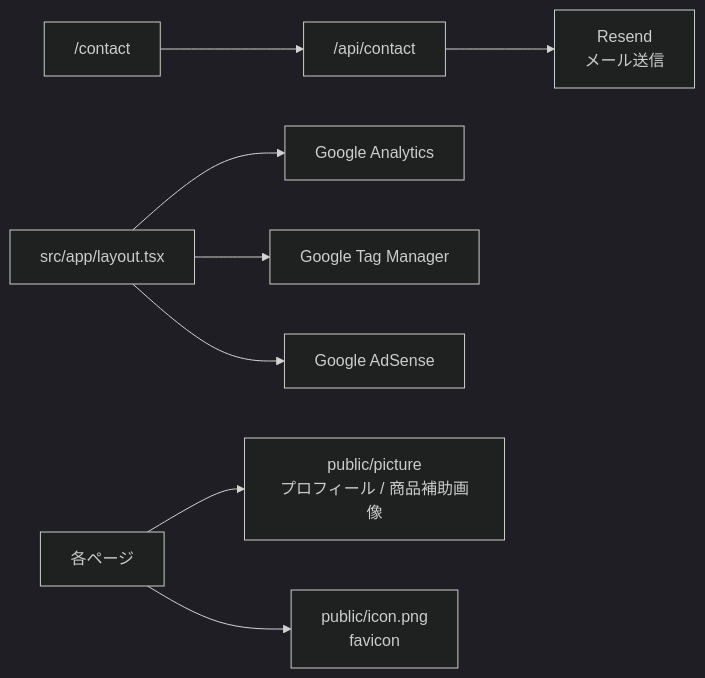
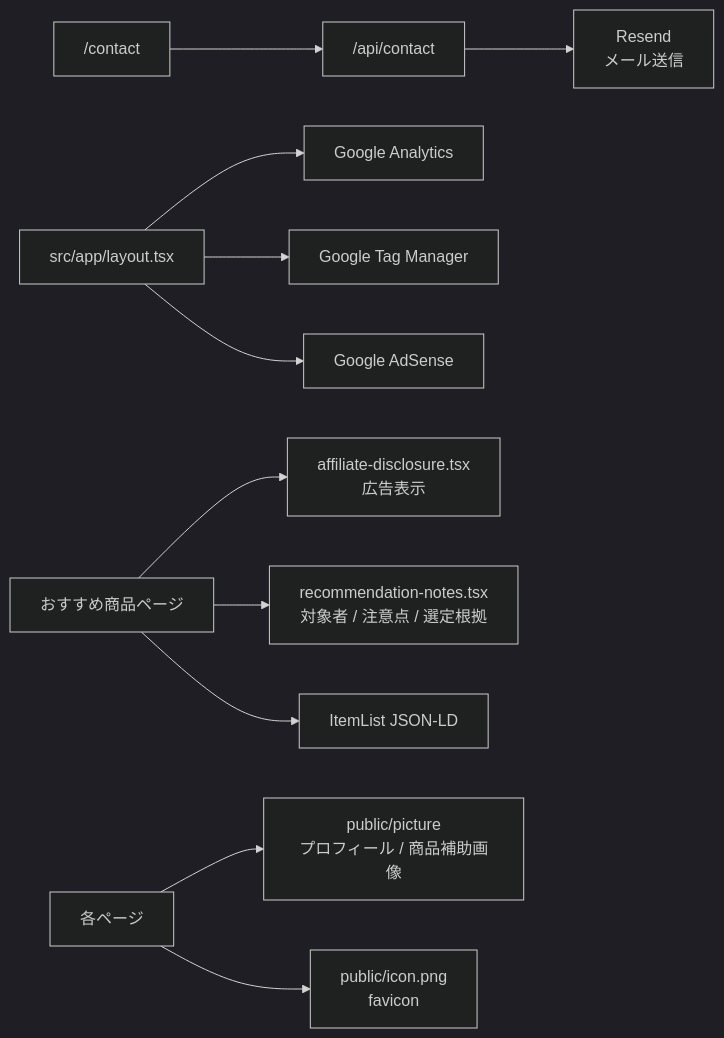
One commit to nariti12/macho-website changed the seventh of 7 diagrams in macho-website/docs/site-architecture-mermaid.md. Above: the diagram before and after it, drawn with Mermaid (dark theme). The commit also changed other lines of this file and 15 other files, not shown here.

````diff
--- a/macho-website/docs/site-architecture-mermaid.md
+++ b/macho-website/docs/site-architecture-mermaid.md
@@ -136,12 +141,16 @@
 ```mermaid
 flowchart LR
   contactPage["/contact"] --> contactApi["/api/contact"]
   contactApi --> resend[Resend<br/>メール送信]
 
   layout[src/app/layout.tsx] --> ga[Google Analytics]
   layout --> gtm[Google Tag Manager]
   layout --> adsense[Google AdSense]
 
+  productPages[おすすめ商品ページ] --> disclosure[affiliate-disclosure.tsx<br/>広告表示]
+  productPages --> notes[recommendation-notes.tsx<br/>対象者 / 注意点 / 選定根拠]
+  productPages --> itemList[ItemList JSON-LD]
+
   pages[各ページ] --> picture[public/picture<br/>プロフィール / 商品補助画像]
   pages --> favicon[public/icon.png<br/>favicon]
 ```
````
